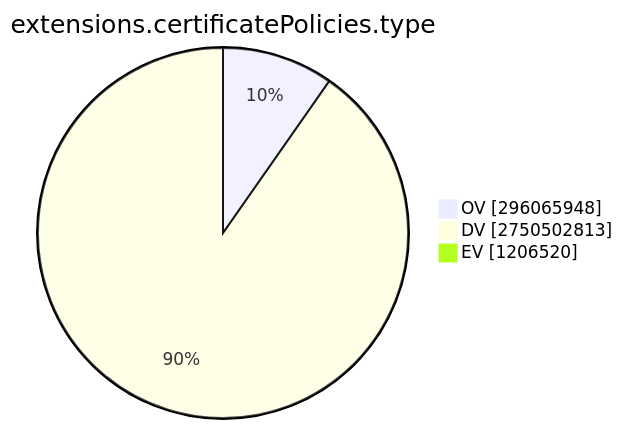
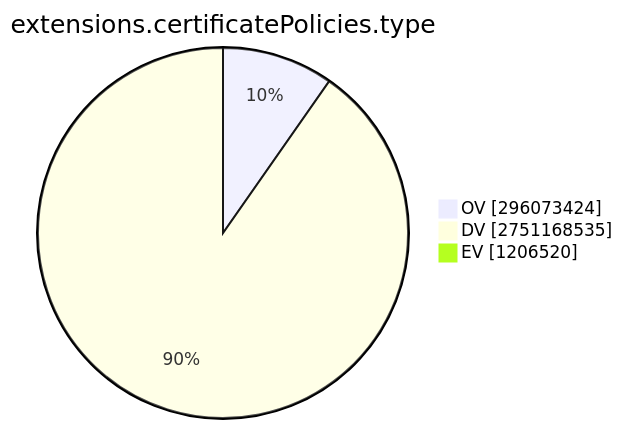
One commit to christiankrug/ctmonitor_visualization changed the ninth of 15 diagrams in TOTAL/README.md. Above: the diagram before and after it, drawn with Mermaid. The commit also changed other lines of this file, not shown here.

````diff
--- a/TOTAL/README.md
+++ b/TOTAL/README.md
@@ -3098,7 +3099,7 @@
 ```mermaid
 pie showData
 title extensions.certificatePolicies.type
-"OV" :296065948
-"DV" :2750502813
+"OV" :296073424
+"DV" :2751168535
 "EV" :1206520
 ```
````
